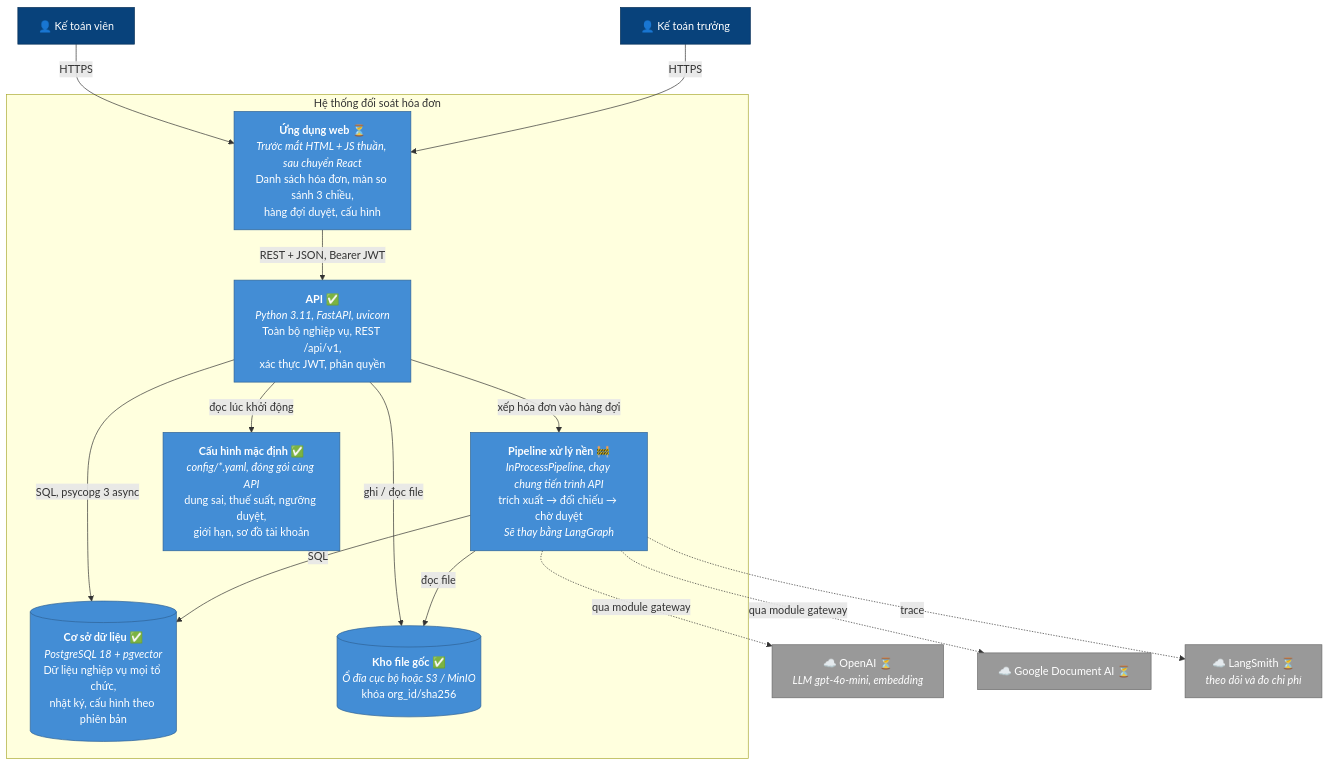
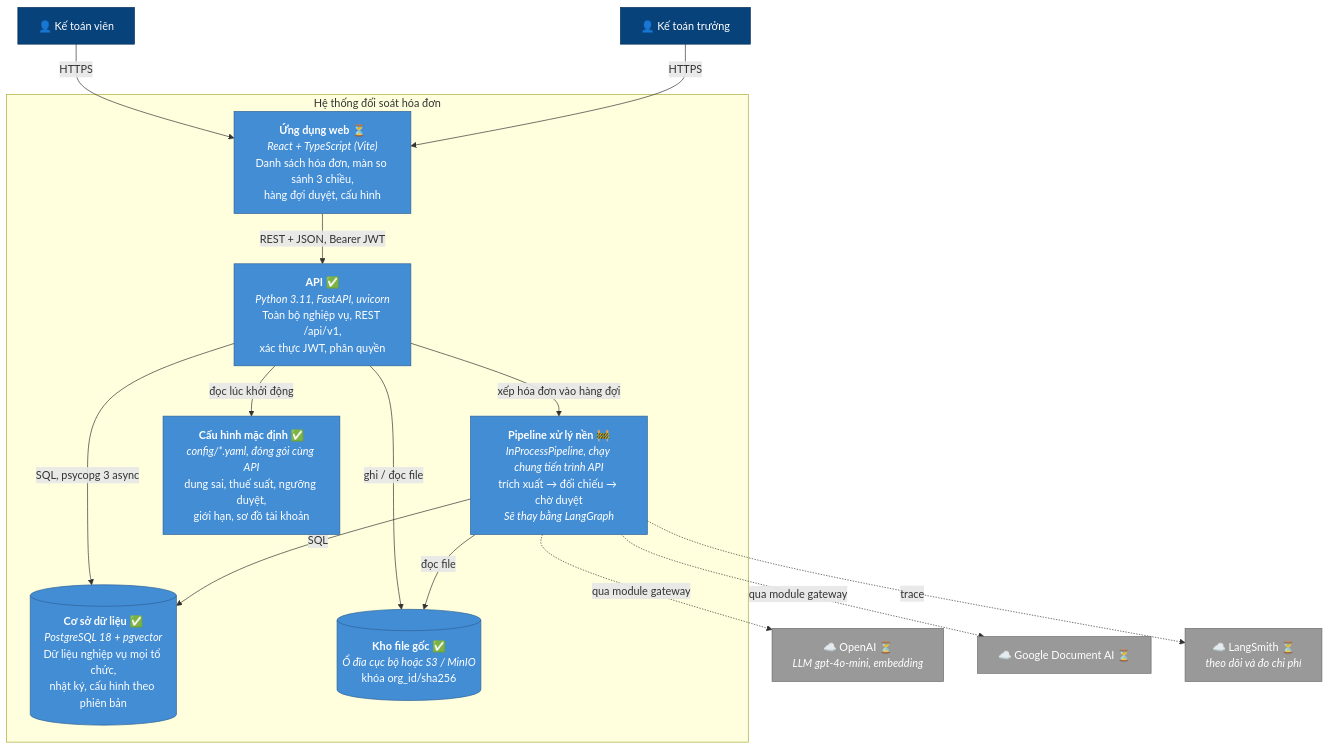
Before and after one commit to kamitoznguyen-collab/Fantastic4-BuildPhase: the second of 7 diagrams in docs/C4_DESIGN.md, drawn with Mermaid. The commit also changed other lines of this file and 5 other files, not shown here.

First line of the commit message:
docs: the frontend is React and TypeScript from now on

````diff
--- a/docs/C4_DESIGN.md
+++ b/docs/C4_DESIGN.md
@@ -67,36 +67,36 @@
 ```mermaid
 flowchart TB
     ktv["👤 Kế toán viên"]
     ktt["👤 Kế toán trưởng"]
 
     subgraph sys["Hệ thống đối soát hóa đơn"]
-        web["<b>Ứng dụng web</b> ⏳<br/><i>Trước mắt HTML + JS thuần, sau chuyển React</i><br/>Danh sách hóa đơn, màn so sánh 3 chiều,<br/>hàng đợi duyệt, cấu hình"]
+        web["<b>Ứng dụng web</b> ⏳<br/><i>React + TypeScript (Vite)</i><br/>Danh sách hóa đơn, màn so sánh 3 chiều,<br/>hàng đợi duyệt, cấu hình"]
         api["<b>API</b> ✅<br/><i>Python 3.11, FastAPI, uvicorn</i><br/>Toàn bộ nghiệp vụ, REST /api/v1,<br/>xác thực JWT, phân quyền"]
         pipe["<b>Pipeline xử lý nền</b> 🚧<br/><i>InProcessPipeline, chạy chung tiến trình API</i><br/>trích xuất → đối chiếu → chờ duyệt<br/><i>Sẽ thay bằng LangGraph</i>"]
         db[("<b>Cơ sở dữ liệu</b> ✅<br/><i>PostgreSQL 18 + pgvector</i><br/>Dữ liệu nghiệp vụ mọi tổ chức,<br/>nhật ký, cấu hình theo phiên bản")]
         files[("<b>Kho file gốc</b> ✅<br/><i>Ổ đĩa cục bộ hoặc S3 / MinIO</i><br/>khóa org_id/sha256")]
         yaml["<b>Cấu hình mặc định</b> ✅<br/><i>config/*.yaml, đóng gói cùng API</i><br/>dung sai, thuế suất, ngưỡng duyệt,<br/>giới hạn, sơ đồ tài khoản"]
     end
 
     openai["☁️ OpenAI ⏳<br/><i>LLM gpt-4o-mini, embedding</i>"]
     docai["☁️ Google Document AI ⏳"]
     langsmith["☁️ LangSmith ⏳<br/><i>theo dõi và đo chi phí</i>"]
 
     ktv & ktt -- "HTTPS" --> web
     web -- "REST + JSON, Bearer JWT" --> api
     api -- "xếp hóa đơn vào hàng đợi" --> pipe
     api -- "SQL, psycopg 3 async" --> db
     pipe -- "SQL" --> db
     api -- "ghi / đọc file" --> files
     pipe -- "đọc file" --> files
     api -- "đọc lúc khởi động" --> yaml
     pipe -. "qua module gateway" .-> openai & docai
     pipe -. "trace" .-> langsmith
 
     classDef person fill:#08427b,color:#fff,stroke:#052e56
     classDef container fill:#438dd5,color:#fff,stroke:#2e6295
     classDef external fill:#999,color:#fff,stroke:#6b6b6b
     class ktv,ktt person
     class web,api,pipe,db,files,yaml container
     class openai,docai,langsmith external
 ```
````
